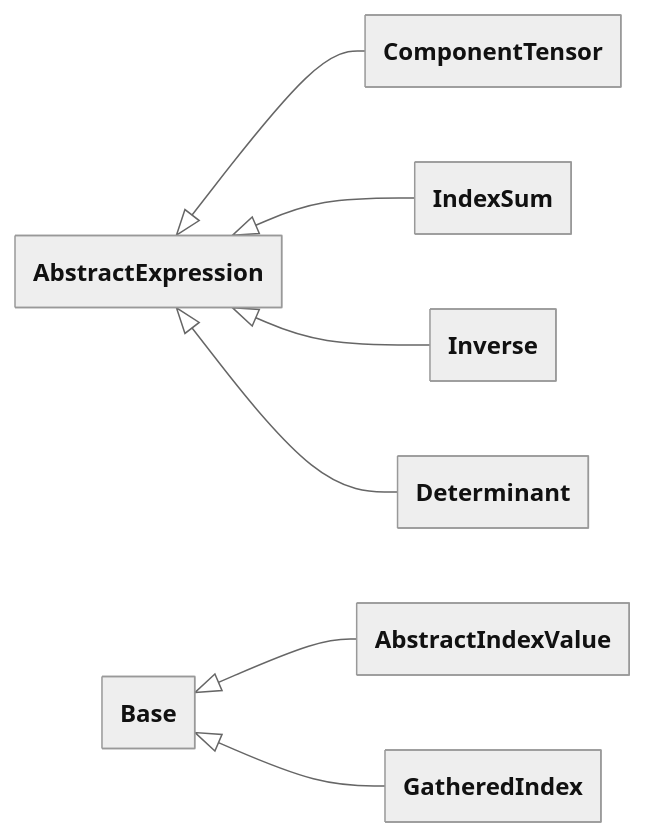
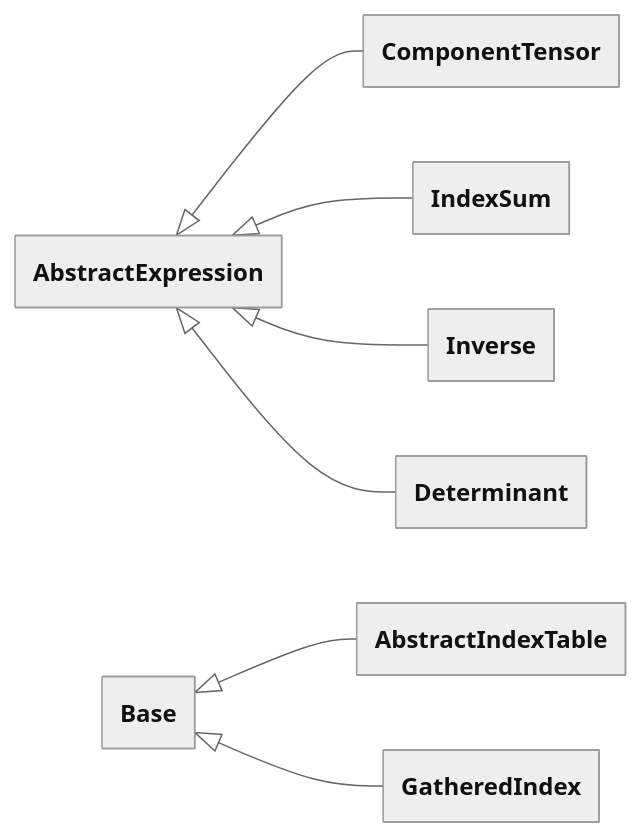
Before and after one commit to FEniCS/uflx: the fifth of 12 diagrams in design/language.md, drawn with Mermaid. The commit also changed other lines of this file and 3 other files, not shown here.

````diff
--- a/design/language.md
+++ b/design/language.md
@@ -4374,20 +4373,20 @@
 ```mermaid
 ---
 config:
   theme: neutral
   look: classic
   class:
     theme: neutral
     look: classic
     hideEmptyMembersBox: true
 ---
 classDiagram
     direction LR
     accTitle: Algebra class hierarchy (3 of 3)
     AbstractExpression <|-- ComponentTensor
     AbstractExpression <|-- IndexSum
-    Base <|-- AbstractIndexValue
+    Base <|-- AbstractIndexTable
     Base <|-- GatheredIndex
     AbstractExpression <|-- Inverse
     AbstractExpression <|-- Determinant
 ```
````
